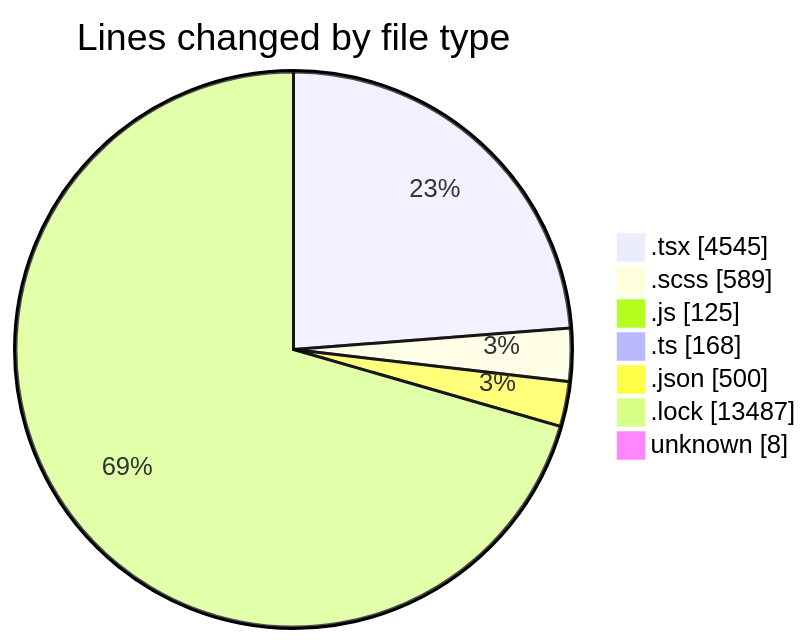
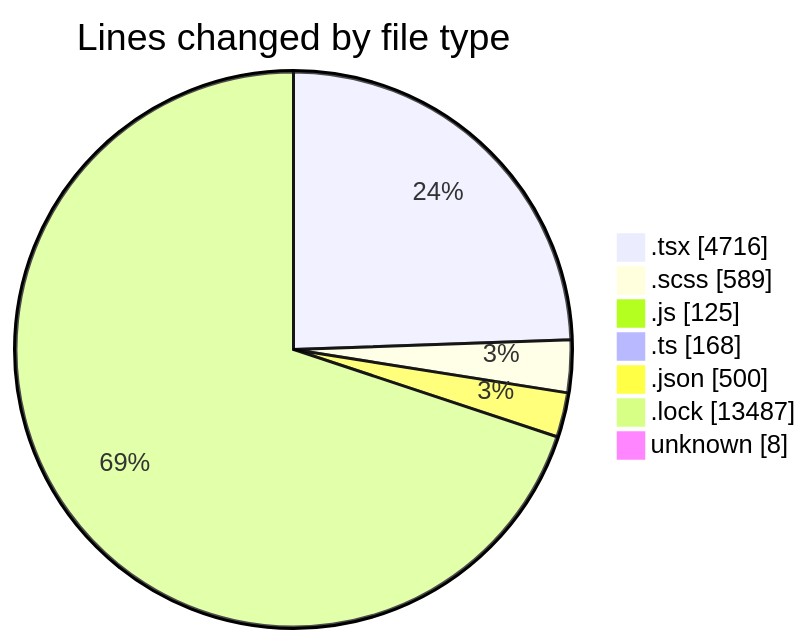
The first of 2 diagrams in 2026-04-24/cda/README.md (momahboobian/code-tracking), drawn with Mermaid before and after one commit. The commit also changed other lines of this file and 1 other file, not shown here.

````diff
--- a/2026-04-24/cda/README.md
+++ b/2026-04-24/cda/README.md
@@ -49,11 +49,11 @@
 ```mermaid
 pie showData
 title Lines changed by file type
-".tsx" : 4545
+".tsx" : 4716
 ".scss" : 589
 ".js" : 125
 ".ts" : 168
 ".json" : 500
 ".lock" : 13487
 "unknown" : 8
 ```
````
